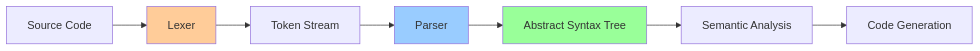
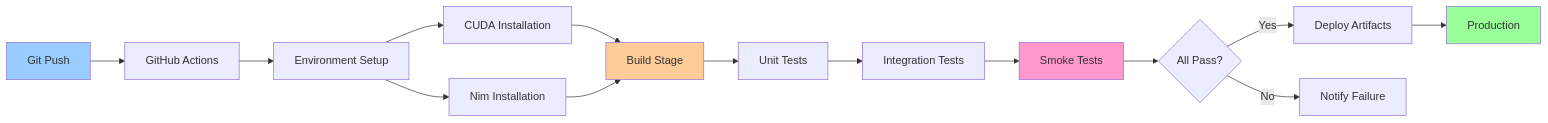
The fifth of 7 diagrams in README.md (danindiana/gpt_Nim), drawn with Mermaid before and after one commit. The commit also changed other lines of this file and 1 other file, not shown here.

````diff
--- a/README.md
+++ b/README.md
@@ -318,13 +639,21 @@
 ```mermaid
 graph LR
-    A[Source Code] --> B[Lexer]
-    B --> C[Token Stream]
-    C --> D[Parser]
-    D --> E[Abstract Syntax Tree]
-    E --> F[Semantic Analysis]
-    F --> G[Code Generation]
+    A[Git Push] --> B[GitHub Actions]
+    B --> C[Environment Setup]
+    C --> D[CUDA Installation]
+    C --> E[Nim Installation]
+    D --> F[Build Stage]
+    E --> F
+    F --> G[Unit Tests]
+    G --> H[Integration Tests]
+    H --> I[Smoke Tests]
+    I --> J{All Pass?}
+    J -->|Yes| K[Deploy Artifacts]
+    J -->|No| L[Notify Failure]
+    K --> M[Production]
 
-    style B fill:#ffcc99
-    style D fill:#99ccff
-    style E fill:#99ff99
+    style A fill:#99ccff
+    style F fill:#ffcc99
+    style I fill:#ff99cc
+    style M fill:#99ff99
 ```
````
